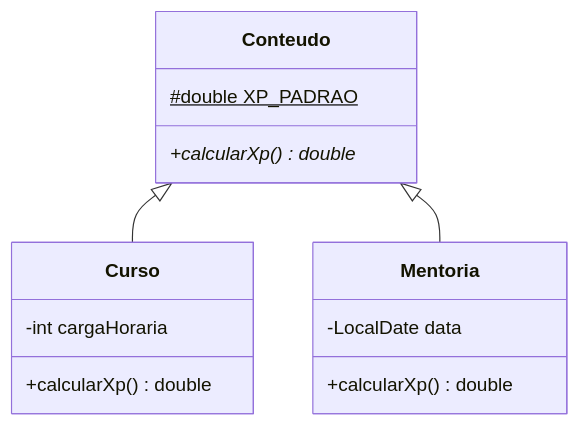
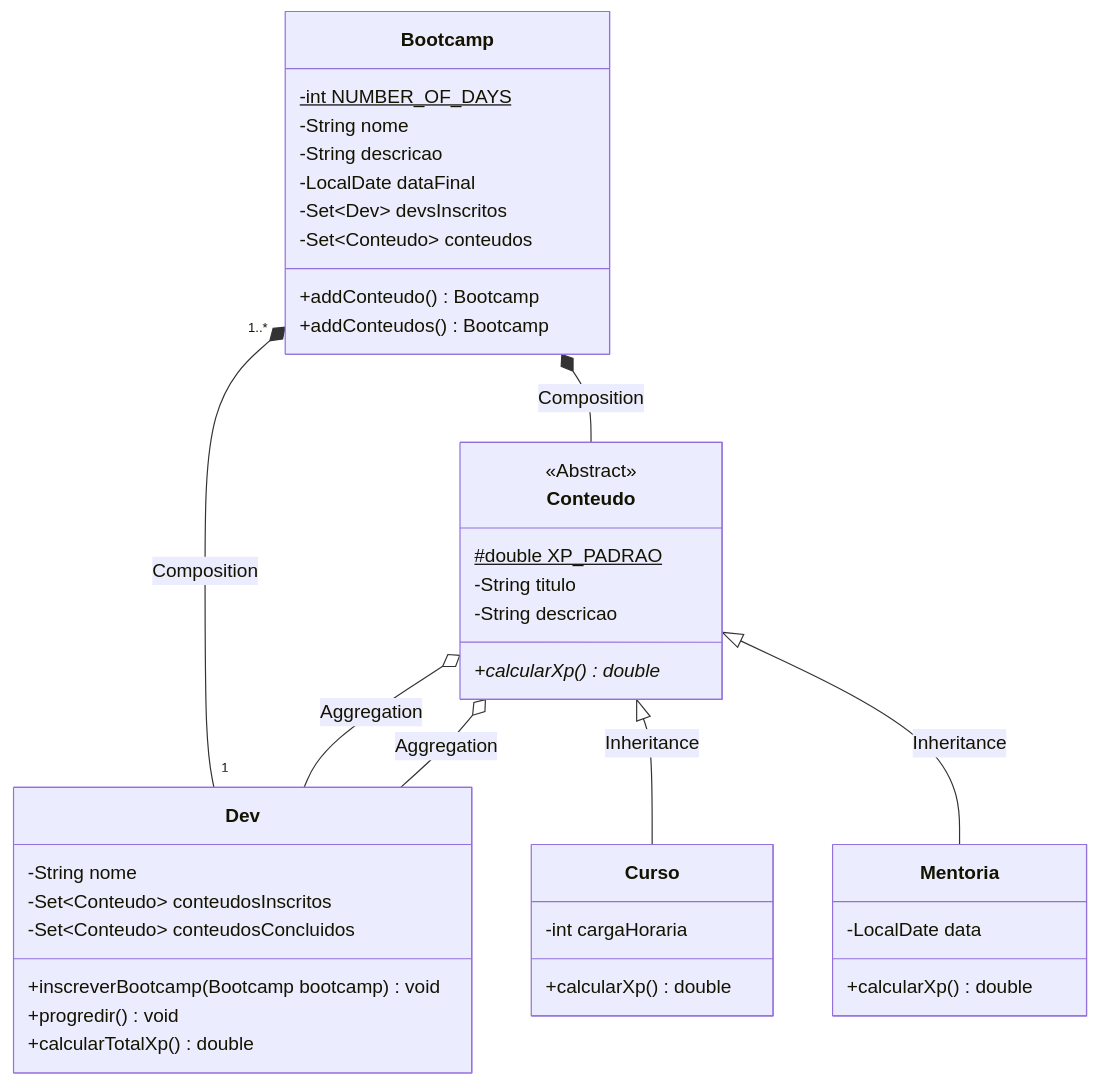
One commit to edgardcunha/dio-abstracao-bootcamp-java-oo changed the diagram in README.md. Above: the diagram before and after it, drawn with Mermaid.

````diff
--- a/README.md
+++ b/README.md
@@ -5,17 +5,43 @@
 ```mermaid
 classDiagram
 class Conteudo
+<<Abstract>> Conteudo
 Conteudo : #double XP_PADRAO$
+Conteudo : -String titulo
+Conteudo : -String descricao
 Conteudo : +calcularXp() double*
 
 class Curso
 Curso : -int cargaHoraria
 Curso : +calcularXp() double
 
 class Mentoria
 Mentoria : -LocalDate data
 Mentoria : +calcularXp() double
 
-Conteudo <|-- Curso
-Conteudo <|-- Mentoria
+class Bootcamp
+Bootcamp : -int NUMBER_OF_DAYS$
+Bootcamp : -String nome
+Bootcamp : -String descricao
+Bootcamp : -LocalDate dataFinal
+Bootcamp : -Set~Dev~ devsInscritos
+Bootcamp : -Set~Conteudo~ conteudos
+Bootcamp : +addConteudo() Bootcamp
+Bootcamp : +addConteudos() Bootcamp
+
+class Dev
+Dev : -String nome
+Dev : -Set~Conteudo~ conteudosInscritos
+Dev : -Set~Conteudo~ conteudosConcluidos
+Dev : +inscreverBootcamp(Bootcamp bootcamp) void
+Dev : +progredir() void
+Dev : +calcularTotalXp() double
+
+Conteudo <|-- Curso : Inheritance
+Conteudo <|-- Mentoria : Inheritance
+Bootcamp "1..*" *-- "1" Dev : Composition
+Bootcamp *-- Conteudo : Composition
+Conteudo o-- Dev : Aggregation
+Conteudo o-- Dev : Aggregation
+
 ```
````
